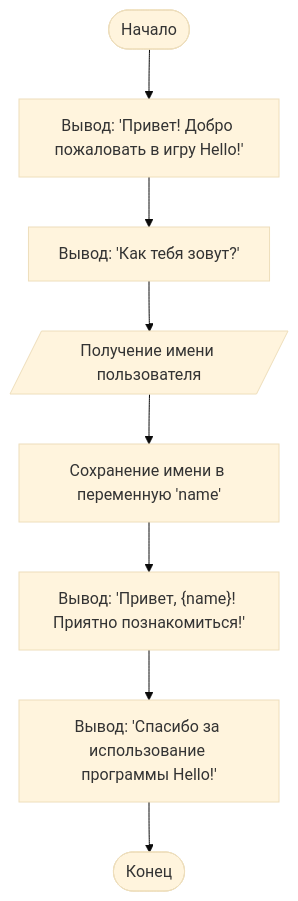
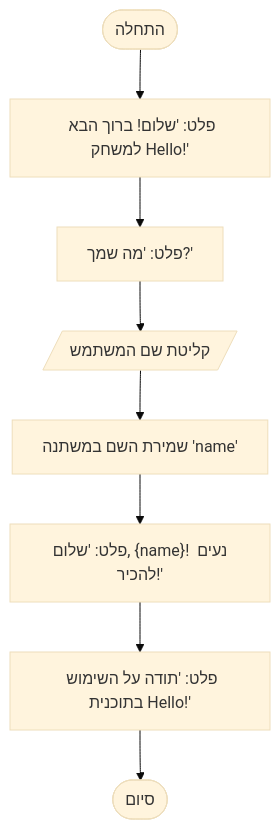
Before and after one commit to hypo69/1001-python-he: the diagram in code/UNSORTED/HELLO/README.MD, drawn with Mermaid (base theme). The commit also changed other lines of this file and 869 other files, not shown here.

````diff
--- a/code/UNSORTED/HELLO/README.MD
+++ b/code/UNSORTED/HELLO/README.MD
@@ -46,10 +46,10 @@
 ```mermaid
 flowchart TD
-    Start([Начало]) --> DisplayWelcome["Вывод: 'Привет! Добро пожаловать в игру Hello!'"]
-    DisplayWelcome --> AskName["Вывод: 'Как тебя зовут?'"]
-    AskName --> GetUserName[/"Получение имени пользователя"/]
-    GetUserName --> StoreName["Сохранение имени в переменную 'name'"]
-    StoreName --> DisplayGreeting["Вывод: 'Привет, {name}! Приятно познакомиться!'"]
-    DisplayGreeting --> DisplayThanks["Вывод: 'Спасибо за использование программы Hello!'"]
-    DisplayThanks --> End([Конец])
+    Start([התחלה]) --> DisplayWelcome["פלט: 'שלום! ברוך הבא למשחק Hello!'"]
+    DisplayWelcome --> AskName["פלט: 'מה שמך?'"]
+    AskName --> GetUserName[/"קליטת שם המשתמש"/]
+    GetUserName --> StoreName["שמירת השם במשתנה 'name'"]
+    StoreName --> DisplayGreeting["פלט: 'שלום, {name}! נעים להכיר!'"]
+    DisplayGreeting --> DisplayThanks["פלט: 'תודה על השימוש בתוכנית Hello!'"]
+    DisplayThanks --> End([סיום])
 ```
````
